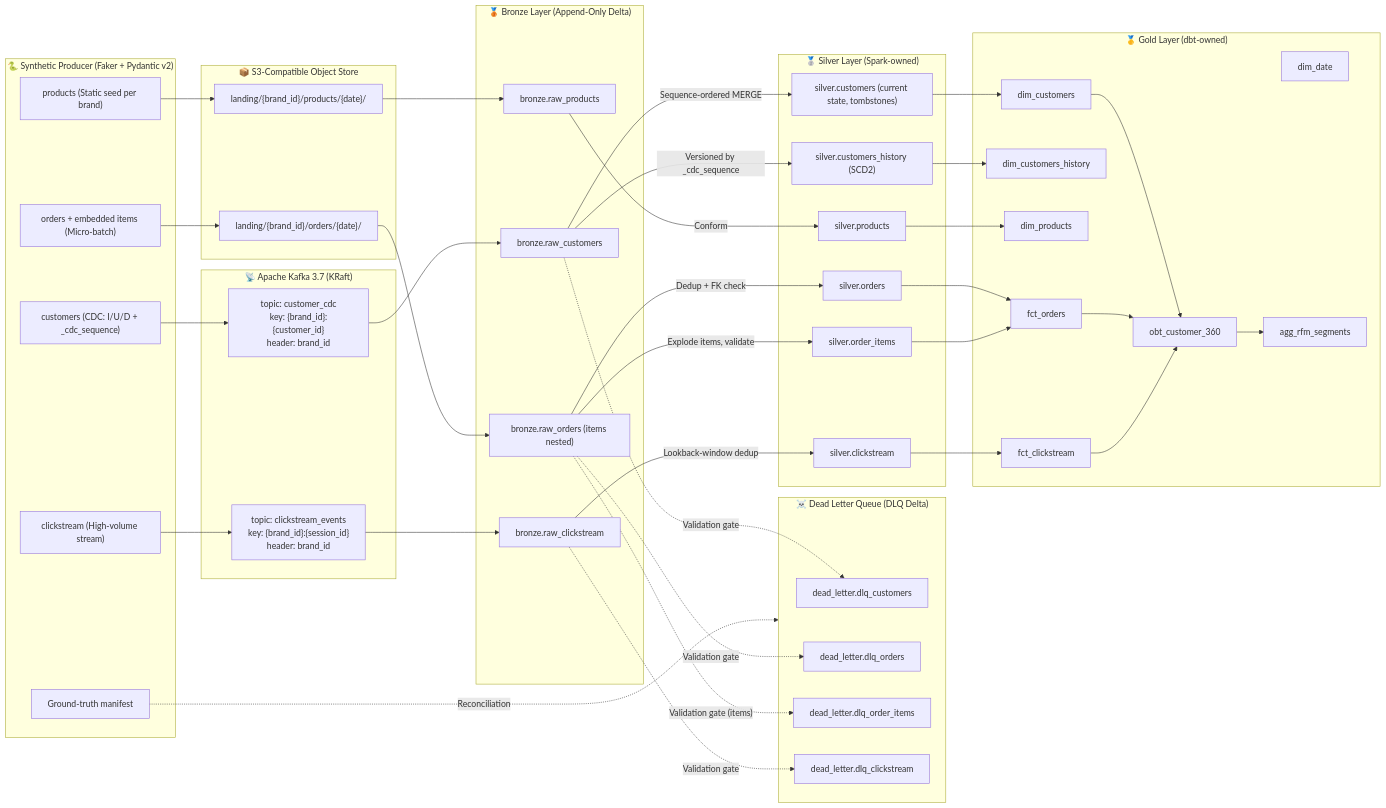
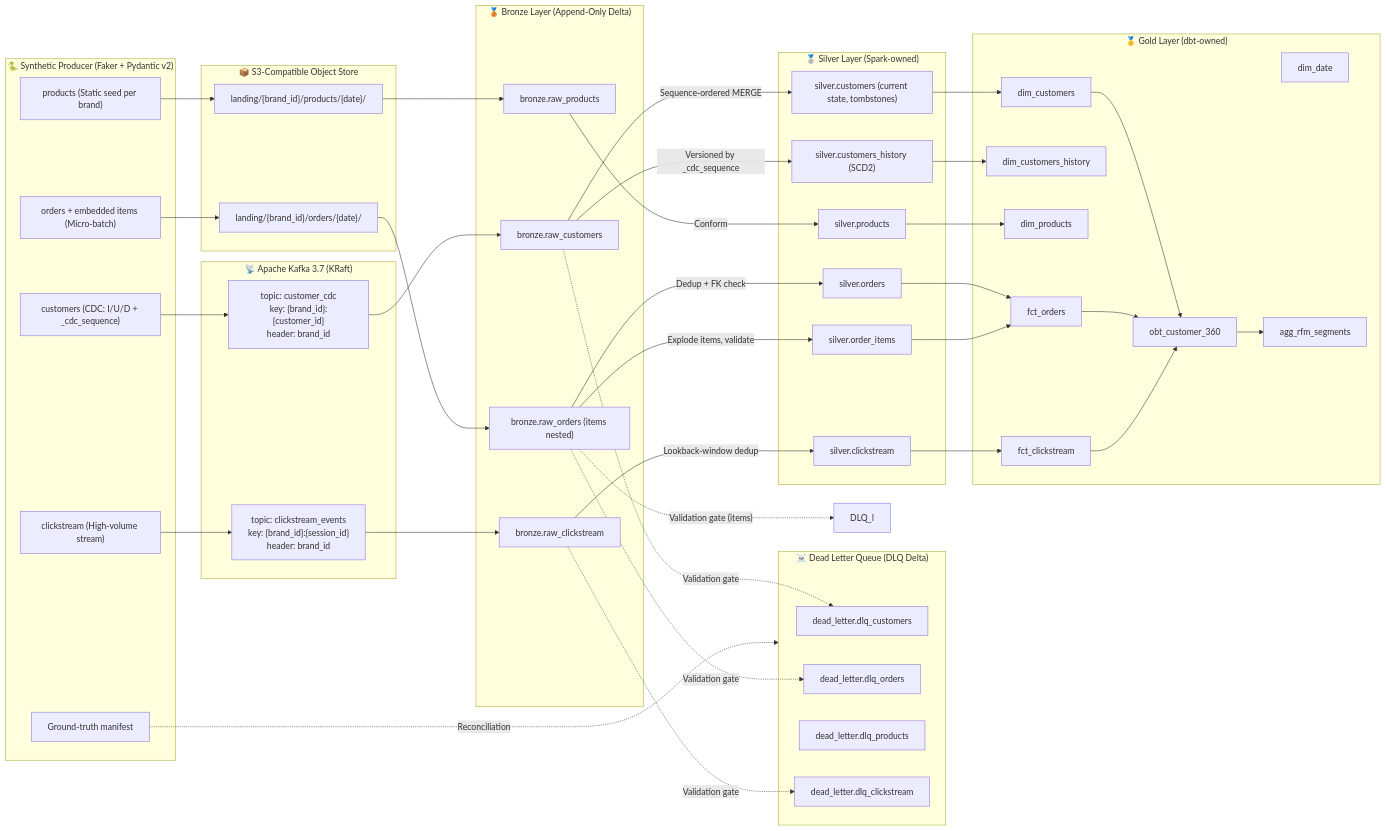
The diagram in docs/DATA_CONTRACTS.md (dogruom/thelook-lakehouse-platform), drawn with Mermaid before and after one commit. The commit also changed other lines of this file and 39 other files, not shown here.

First line of the commit message:
feat(silver): SCD2 customer history, orders/items/clickstream Silver, DLQ replay

````diff
--- a/docs/DATA_CONTRACTS.md
+++ b/docs/DATA_CONTRACTS.md
@@ -18,81 +18,81 @@
 ```mermaid
 graph LR
     subgraph DataProducer["🐍 Synthetic Producer (Faker + Pydantic v2)"]
         GEN_C["customers (CDC: I/U/D + _cdc_sequence)"]
         GEN_O["orders + embedded items (Micro-batch)"]
         GEN_P["products (Static seed per brand)"]
         GEN_E["clickstream (High-volume stream)"]
         MAN["Ground-truth manifest"]
     end
 
     subgraph KafkaBroker["📡 Apache Kafka 3.7 (KRaft)"]
         TOPIC_EVENTS["topic: clickstream_events<br/>key: {brand_id}:{session_id}<br/>header: brand_id"]
         TOPIC_CDC["topic: customer_cdc<br/>key: {brand_id}:{customer_id}<br/>header: brand_id"]
     end
 
     subgraph StorageLanding["📦 S3-Compatible Object Store"]
         LAND_O["landing/{brand_id}/orders/{date}/"]
         LAND_P["landing/{brand_id}/products/{date}/"]
     end
 
     subgraph BronzeMedallion["🥉 Bronze Layer (Append-Only Delta)"]
         B_C["bronze.raw_customers"]
         B_O["bronze.raw_orders (items nested)"]
         B_P["bronze.raw_products"]
         B_E["bronze.raw_clickstream"]
     end
 
     subgraph DLQLayer["☠️ Dead Letter Queue (DLQ Delta)"]
         DLQ_C["dead_letter.dlq_customers"]
         DLQ_O["dead_letter.dlq_orders"]
-        DLQ_I["dead_letter.dlq_order_items"]
+        DLQ_P["dead_letter.dlq_products"]
         DLQ_E["dead_letter.dlq_clickstream"]
     end
 
     subgraph SilverMedallion["🥈 Silver Layer (Spark-owned)"]
         S_C["silver.customers (current state, tombstones)"]
         S_CH["silver.customers_history (SCD2)"]
         S_O["silver.orders"]
         S_I["silver.order_items"]
         S_P["silver.products"]
         S_E["silver.clickstream"]
     end
 
     subgraph GoldMedallion["🥇 Gold Layer (dbt-owned)"]
         D_C["dim_customers"]
         D_CH["dim_customers_history"]
         D_P["dim_products"]
         D_D["dim_date"]
         F_O["fct_orders"]
         F_E["fct_clickstream"]
         OBT["obt_customer_360"]
         RFM["agg_rfm_segments"]
     end
 
     GEN_C --> TOPIC_CDC --> B_C
     GEN_E --> TOPIC_EVENTS --> B_E
     GEN_O --> LAND_O --> B_O
     GEN_P --> LAND_P --> B_P
 
     B_C -.->|"Validation gate"| DLQ_C
     B_O -.->|"Validation gate"| DLQ_O
     B_O -.->|"Validation gate (items)"| DLQ_I
     B_E -.->|"Validation gate"| DLQ_E
 
     B_C -->|"Sequence-ordered MERGE"| S_C
     B_C -->|"Versioned by _cdc_sequence"| S_CH
     B_O -->|"Dedup + FK check"| S_O
     B_O -->|"Explode items, validate"| S_I
     B_P -->|"Conform"| S_P
     B_E -->|"Lookback-window dedup"| S_E
 
     S_C --> D_C
     S_CH --> D_CH
     S_P --> D_P
     S_O & S_I --> F_O
     S_E --> F_E
 
     D_C & F_O & F_E --> OBT
     OBT --> RFM
     MAN -.->|"Reconciliation"| DLQLayer
 ```
````
